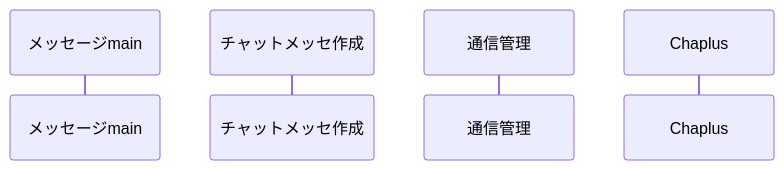
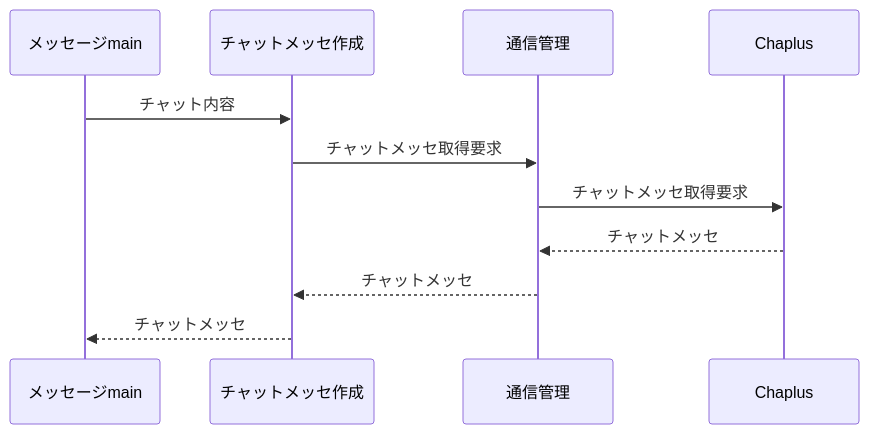
The third of 4 diagrams in InternalDesign/README.md (ryoono/girlfriend_bot), drawn with Mermaid before and after one commit. The commit also changed other lines of this file, not shown here.

Commit message:
シーケンス図追加

````diff
--- a/InternalDesign/README.md
+++ b/InternalDesign/README.md
@@ -94,7 +114,14 @@
 ```mermaid
 sequenceDiagram
     participant message_main as メッセージmain
     participant chat_message as チャットメッセ作成
     participant terminal_mng as 通信管理
     participant chaplus_webAPI as Chaplus
+
+    message_main ->> chat_message: チャット内容
+    chat_message ->> terminal_mng: チャットメッセ取得要求
+    terminal_mng ->> chaplus_webAPI: チャットメッセ取得要求
+    chaplus_webAPI -->> terminal_mng : チャットメッセ
+    terminal_mng -->> chat_message: チャットメッセ
+    chat_message -->> message_main: チャットメッセ
 ```
````
